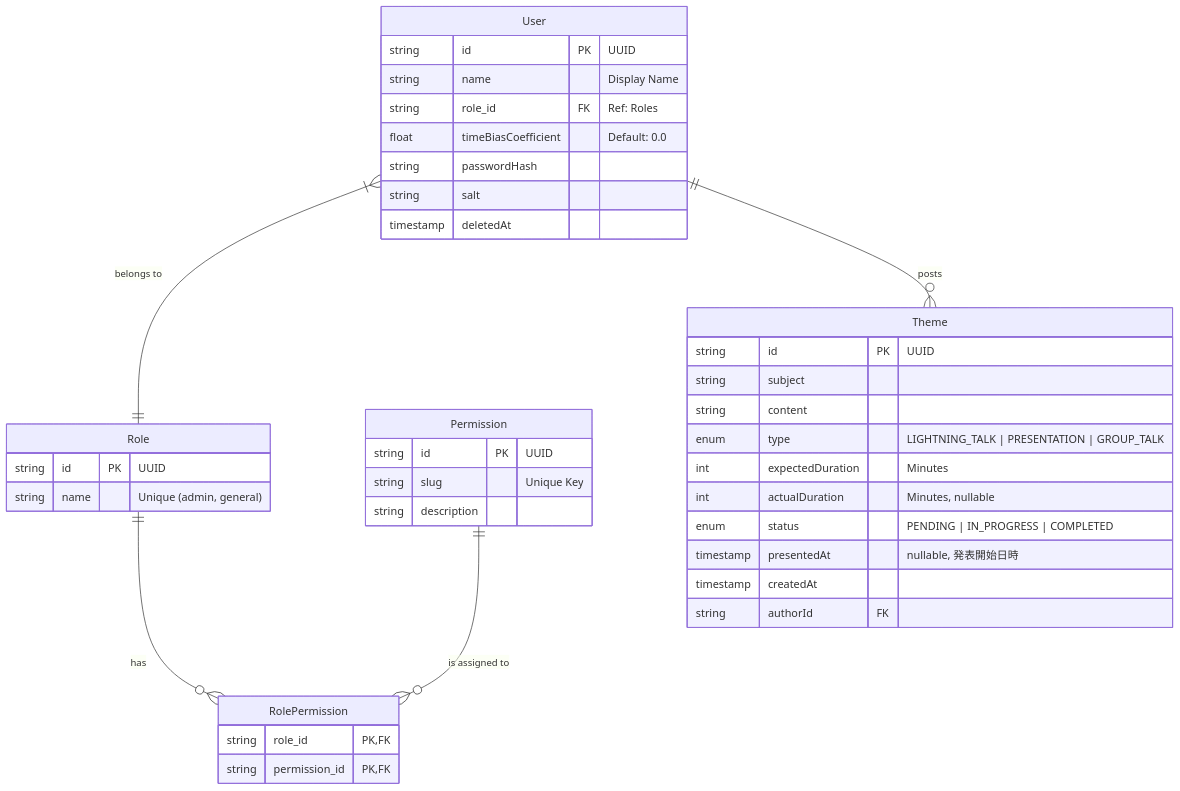
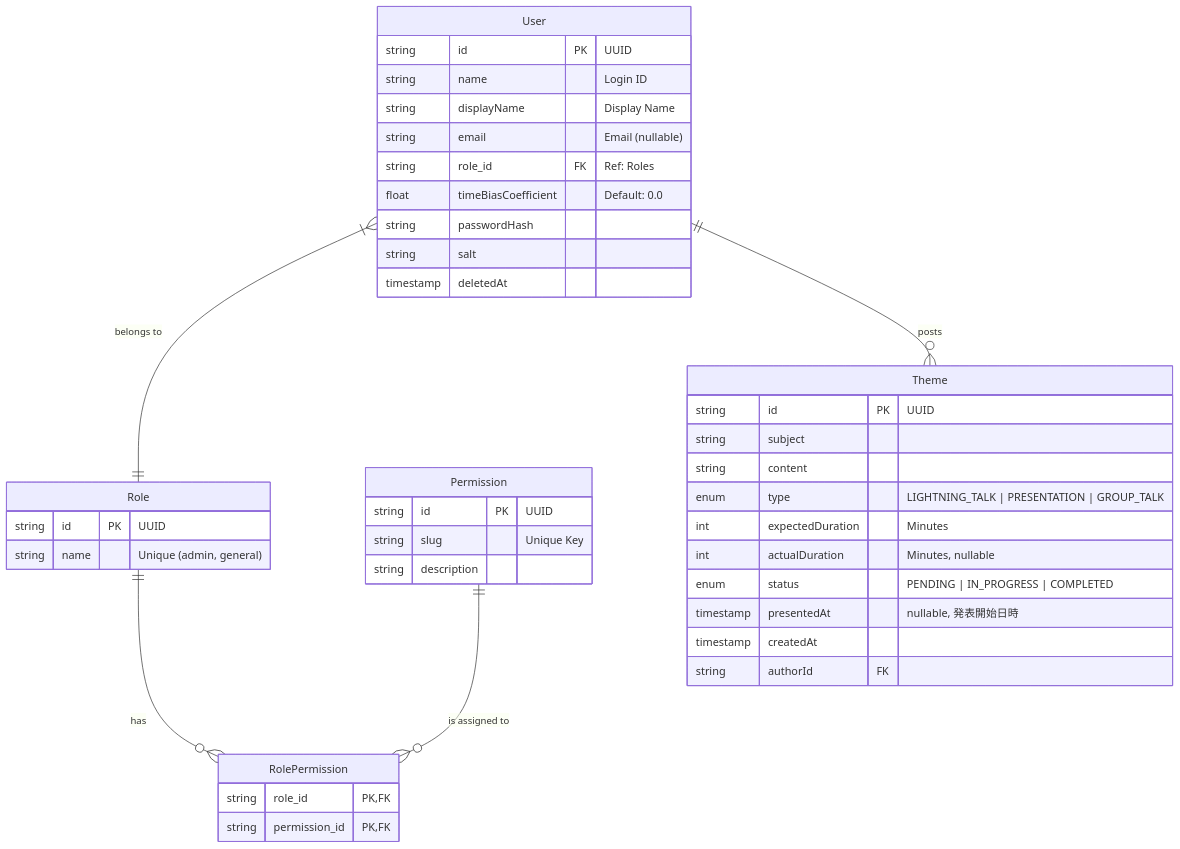
Before and after one commit to SaKaneko/omikuji-gum-talk-next: the diagram in doc/design.md, drawn with Mermaid. The commit also changed other lines of this file and 19 other files, not shown here.

````diff
--- a/doc/design.md
+++ b/doc/design.md
@@ -31,42 +31,44 @@
 ```mermaid
 erDiagram
     User }|--|| Role : "belongs to"
     Role ||--o{ RolePermission : "has"
     Permission ||--o{ RolePermission : "is assigned to"
     User ||--o{ Theme : "posts"
 
     User {
         string id PK "UUID"
-        string name "Display Name"
+        string name "Login ID"
+        string displayName "Display Name"
+        string email "Email (nullable)"
         string role_id FK "Ref: Roles"
         float timeBiasCoefficient "Default: 0.0"
         string passwordHash
         string salt
         timestamp deletedAt
     }
     Role {
         string id PK "UUID"
         string name "Unique (admin, general)"
     }
     Permission {
         string id PK "UUID"
         string slug "Unique Key"
         string description
     }
     RolePermission {
         string role_id PK, FK
         string permission_id PK, FK
     }
     Theme {
         string id PK "UUID"
         string subject
         string content
         enum type "LIGHTNING_TALK | PRESENTATION | GROUP_TALK"
         int expectedDuration "Minutes"
         int actualDuration "Minutes, nullable"
         enum status "PENDING | IN_PROGRESS | COMPLETED"
         timestamp presentedAt "nullable, 発表開始日時"
         timestamp createdAt
         string authorId FK
     }
 ```
````
